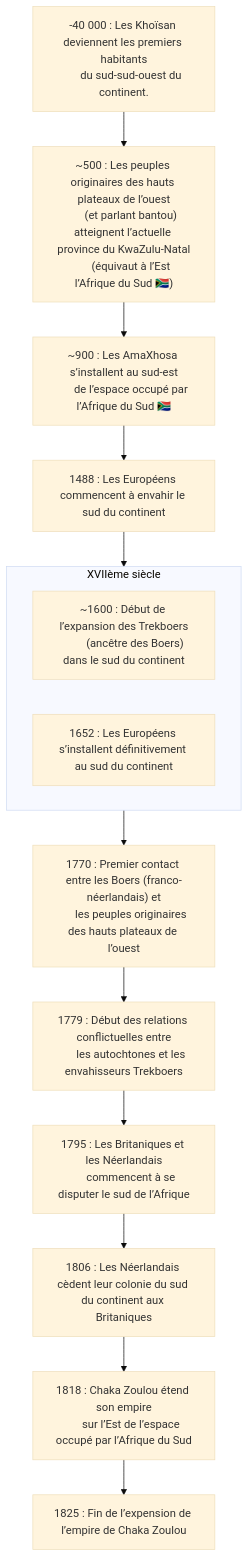
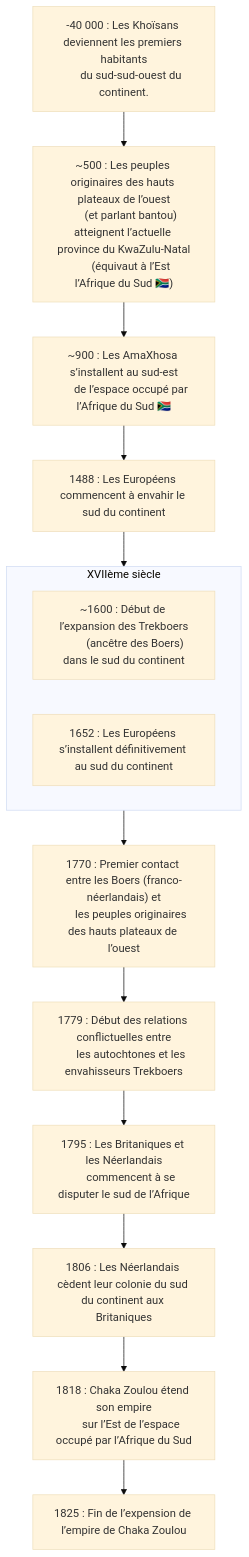
The diagram in en-cours/personnalite/homme/envahisseur/trekboers.md (ba-moun/Ba-Moun-Save), drawn with Mermaid (base theme) before and after one commit. The commit also changed other lines of this file, not shown here.

````diff
--- a/en-cours/personnalite/homme/envahisseur/trekboers.md
+++ b/en-cours/personnalite/homme/envahisseur/trekboers.md
@@ -30,43 +30,43 @@
 ```mermaid
 flowchart TB
-   khoisanArrive["-40 000 : Les Khoïsan deviennent les premiers habitants
+   khoisanArrive["-40 000 : Les Khoïsans deviennent les premiers habitants
       du sud-sud-ouest du continent."]
    
    grassland["~500 : Les peuples originaires des hauts plateaux de l’ouest
       (et parlant bantou) atteignent l’actuelle province du KwaZulu-Natal
       (équivaut à l’Est l’Afrique du Sud 🇿🇦)"]
    
    amaXhosa["~900 : Les AmaXhosa s’installent au sud-est
       de l’espace occupé par l’Afrique du Sud 🇿🇦"]
    
    europeanInvasion["1488 : Les Européens commencent à envahir le sud du continent"]
    
    subgraph 17thCentury["XVIIème siècle"]
       boersExpantion["~1600 : Début de l’expansion des Trekboers
          (ancêtre des Boers) dans le sud du continent"]
       
       europeanInvasionNextStep["1652 : Les Européens s’installent définitivement au sud du continent"]
    end
    
    boersArrive["1770 : Premier contact entre les Boers (franco-néerlandais) et
       les peuples originaires des hauts plateaux de l’ouest"]
    
    boersConflict["1779 : Début des relations conflictuelles entre
       les autochtones et les envahisseurs Trekboers"]
          
    europeanFightInSouthAfricaBegin["1795 : Les Britaniques et les Néerlandais
       commencent à se disputer le sud de l’Afrique"]
    
    europeanFightInSouthAfricaEnd["1806 : Les Néerlandais cèdent leur colonie du sud du continent aux Britaniques"]
    
    mfecaneBegin["1818 : Chaka Zoulou étend son empire
       sur l’Est de l’espace occupé par l’Afrique du Sud"]
                
    mfecaneEnd["1825 : Fin de l’expension de l’empire de Chaka Zoulou"]
       
    khoisanArrive --> grassland --> amaXhosa -->
    europeanInvasion --> 17thCentury --> boersArrive -->
    boersConflict --> europeanFightInSouthAfricaBegin -->
    europeanFightInSouthAfricaEnd --> mfecaneBegin --> mfecaneEnd
    
 ```
````
